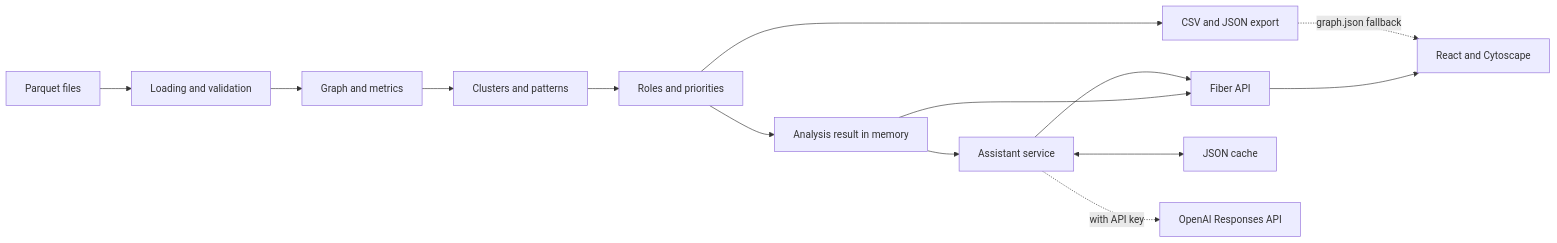
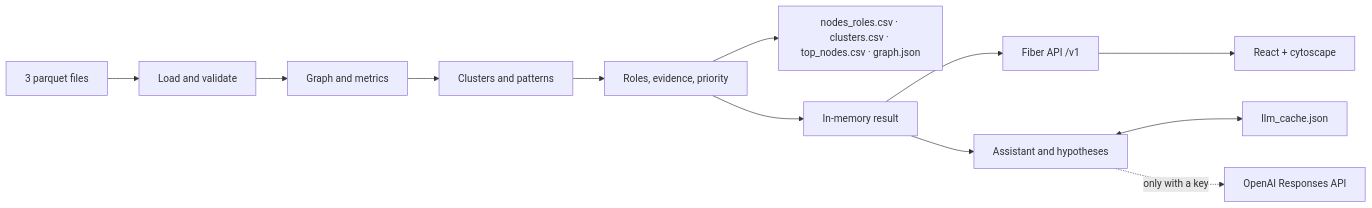
The diagram in README.en.md (BAITC-Hacks/hack-bf176827-zzz-technology), drawn with Mermaid before and after one commit. The commit also changed other lines of this file and 7 other files, not shown here.

````diff
--- a/README.en.md
+++ b/README.en.md
@@ -83,16 +83,14 @@
 ```mermaid
 flowchart LR
-    D[Parquet files] --> L[Loading and validation]
+    D[3 parquet files] --> L[Load and validate]
     L --> M[Graph and metrics]
     M --> C[Clusters and patterns]
-    C --> R[Roles and priorities]
-    R --> E[CSV and JSON export]
-    R --> A[Analysis result in memory]
-    A --> API[Fiber API]
-    API --> UI[React and Cytoscape]
-    E -.->|"graph.json fallback"| UI
-    A --> S[Assistant service]
-    S <--> K[JSON cache]
-    S -.->|"with API key"| O[OpenAI Responses API]
-    S --> API
+    C --> R[Roles, evidence, priority]
+    R --> E[nodes_roles.csv · clusters.csv · top_nodes.csv · graph.json]
+    R --> A[In-memory result]
+    A --> API[Fiber API /v1]
+    API --> UI[React + cytoscape]
+    A --> S[Assistant and hypotheses]
+    S <--> K[llm_cache.json]
+    S -. only with a key .-> O[OpenAI Responses API]
 ```
````
